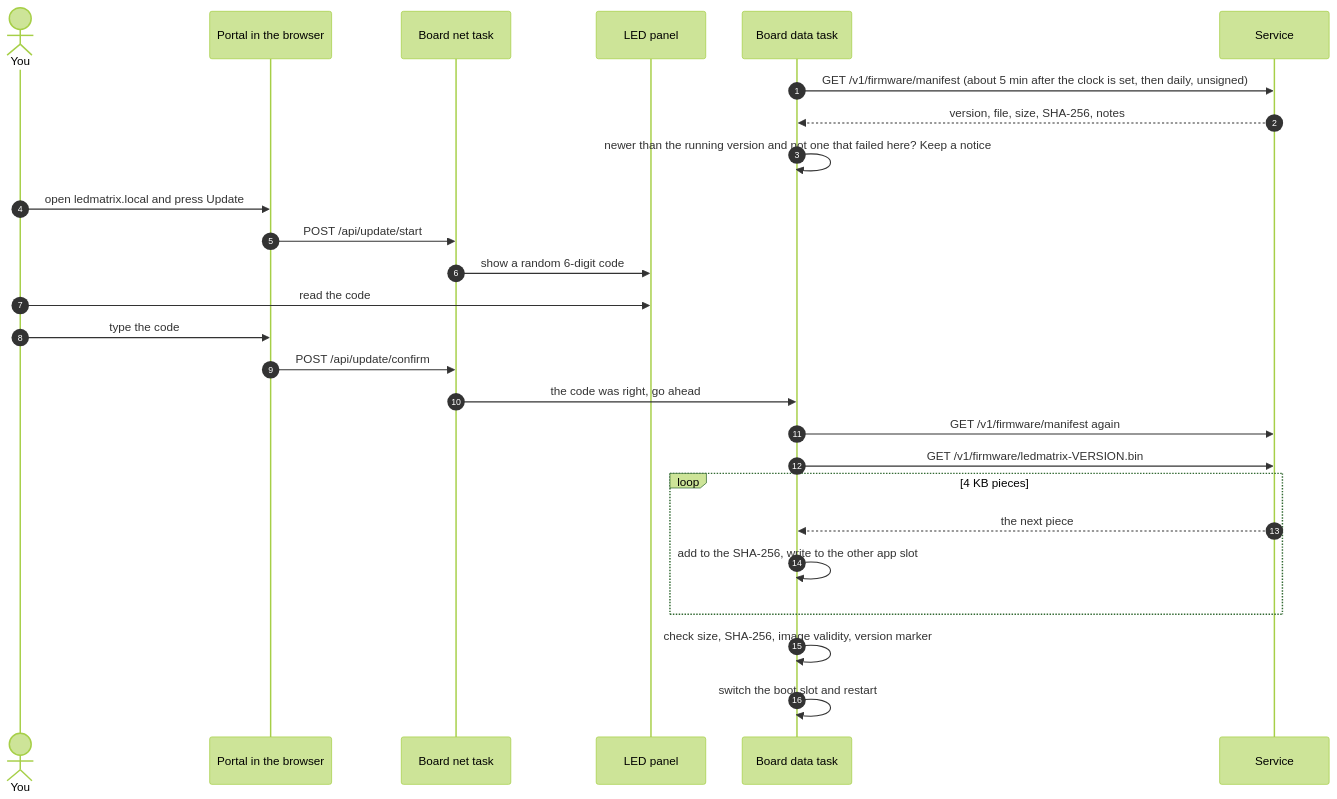
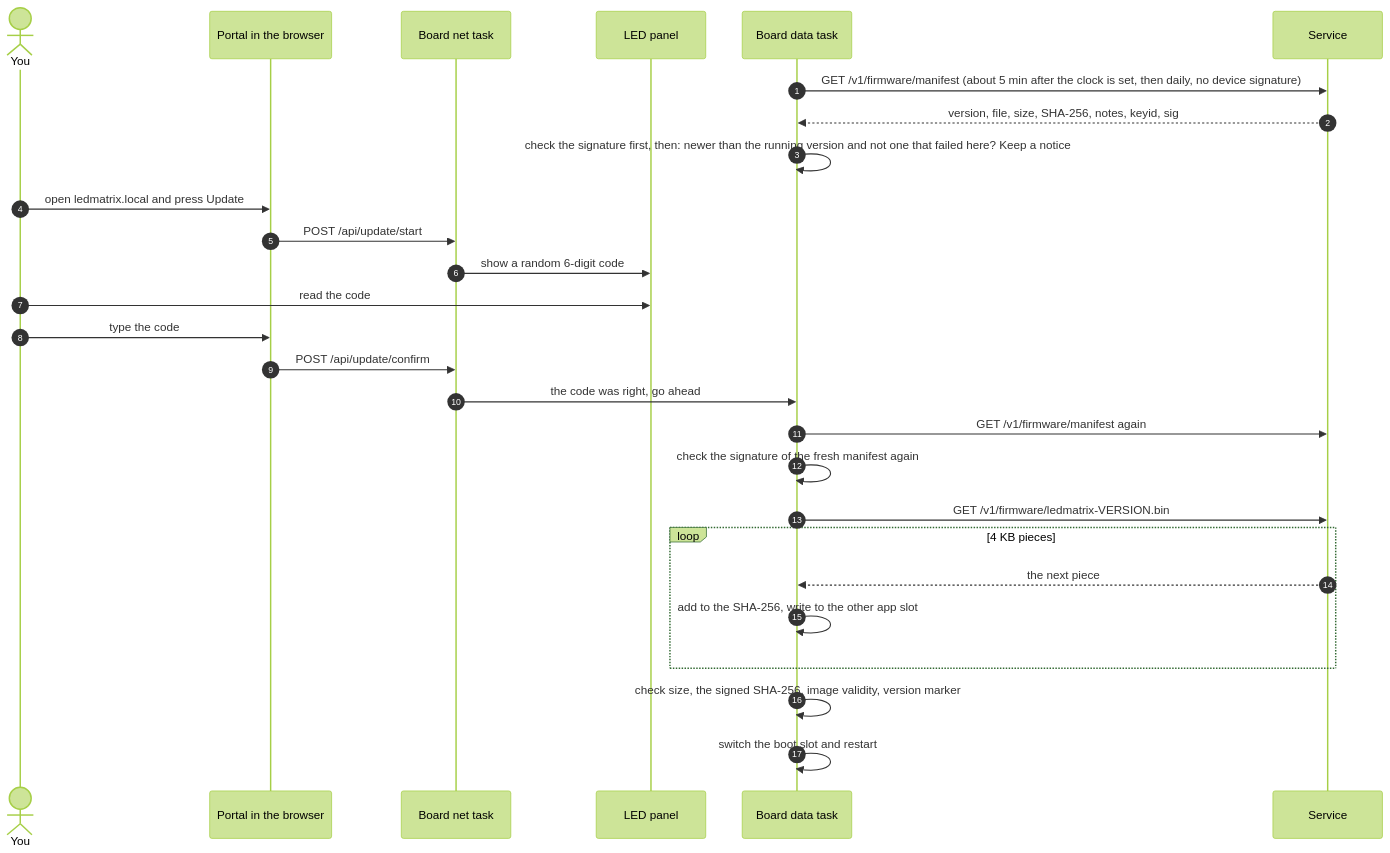
Before and after one commit to suvl/ledmatrix: diagram 12 of 13 in docs/architecture.md, drawn with Mermaid (forest theme). The commit also changed other lines of this file and 7 other files, not shown here.

````diff
--- a/docs/architecture.md
+++ b/docs/architecture.md
@@ -483,28 +529,29 @@
 ```mermaid
 sequenceDiagram
   autonumber
   actor You
   participant Portal as Portal in the browser
   participant Net as Board net task
   participant Panel as LED panel
   participant Data as Board data task
   participant Svc as Service
-  Data->>Svc: GET /v1/firmware/manifest (about 5 min after the clock is set, then daily, unsigned)
-  Svc-->>Data: version, file, size, SHA-256, notes
-  Data->>Data: newer than the running version and not one that failed here? Keep a notice
+  Data->>Svc: GET /v1/firmware/manifest (about 5 min after the clock is set, then daily, no device signature)
+  Svc-->>Data: version, file, size, SHA-256, notes, keyid, sig
+  Data->>Data: check the signature first, then: newer than the running version and not one that failed here? Keep a notice
   You->>Portal: open ledmatrix.local and press Update
   Portal->>Net: POST /api/update/start
   Net->>Panel: show a random 6-digit code
   You->>Panel: read the code
   You->>Portal: type the code
   Portal->>Net: POST /api/update/confirm
   Net->>Data: the code was right, go ahead
   Data->>Svc: GET /v1/firmware/manifest again
+  Data->>Data: check the signature of the fresh manifest again
   Data->>Svc: GET /v1/firmware/ledmatrix-VERSION.bin
   loop 4 KB pieces
     Svc-->>Data: the next piece
     Data->>Data: add to the SHA-256, write to the other app slot
   end
-  Data->>Data: check size, SHA-256, image validity, version marker
+  Data->>Data: check size, the signed SHA-256, image validity, version marker
   Data->>Data: switch the boot slot and restart
 ```
````
